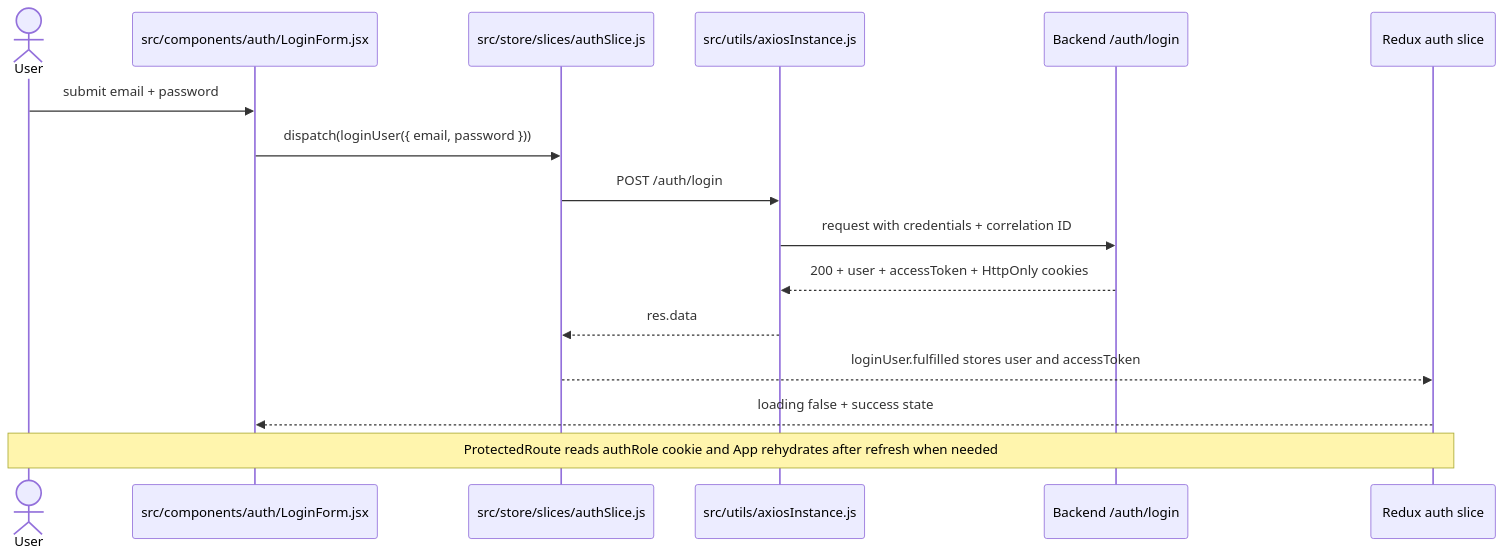
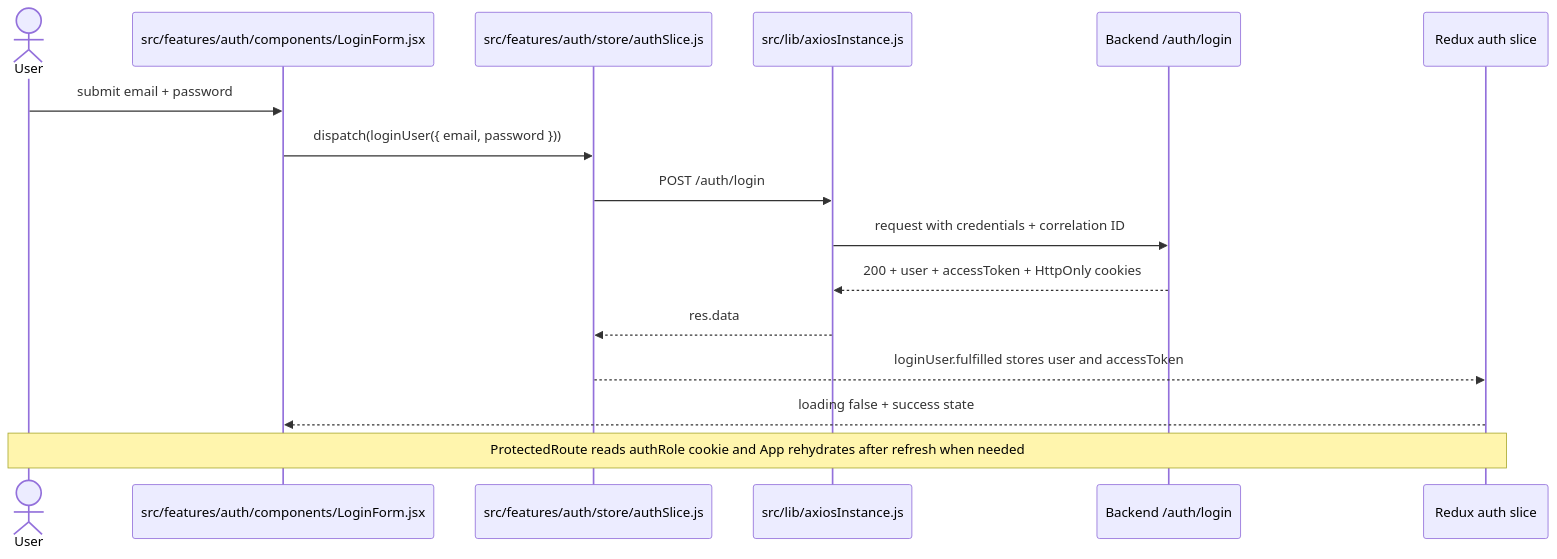
One commit to anushlobo-git/Leapmentor-frontend changed the diagram in docs/diagrams/auth-login-flow.md. Above: the diagram before and after it, drawn with Mermaid. The commit also changed other lines of this file and 113 other files, not shown here.

````diff
--- a/docs/diagrams/auth-login-flow.md
+++ b/docs/diagrams/auth-login-flow.md
@@ -3,19 +3,19 @@
 ```mermaid
 sequenceDiagram
   actor User
-  participant LoginForm as src/components/auth/LoginForm.jsx
-  participant Thunk as src/store/slices/authSlice.js
-  participant Axios as src/utils/axiosInstance.js
+  participant LoginForm as src/features/auth/components/LoginForm.jsx
+  participant Thunk as src/features/auth/store/authSlice.js
+  participant Axios as src/lib/axiosInstance.js
   participant API as Backend /auth/login
   participant Store as Redux auth slice
 
   User->>LoginForm: submit email + password
   LoginForm->>Thunk: dispatch(loginUser({ email, password }))
   Thunk->>Axios: POST /auth/login
   Axios->>API: request with credentials + correlation ID
   API-->>Axios: 200 + user + accessToken + HttpOnly cookies
   Axios-->>Thunk: res.data
   Thunk-->>Store: loginUser.fulfilled stores user and accessToken
   Store-->>LoginForm: loading false + success state
   Note over User,Store: ProtectedRoute reads authRole cookie and App rehydrates after refresh when needed
 ```
````
